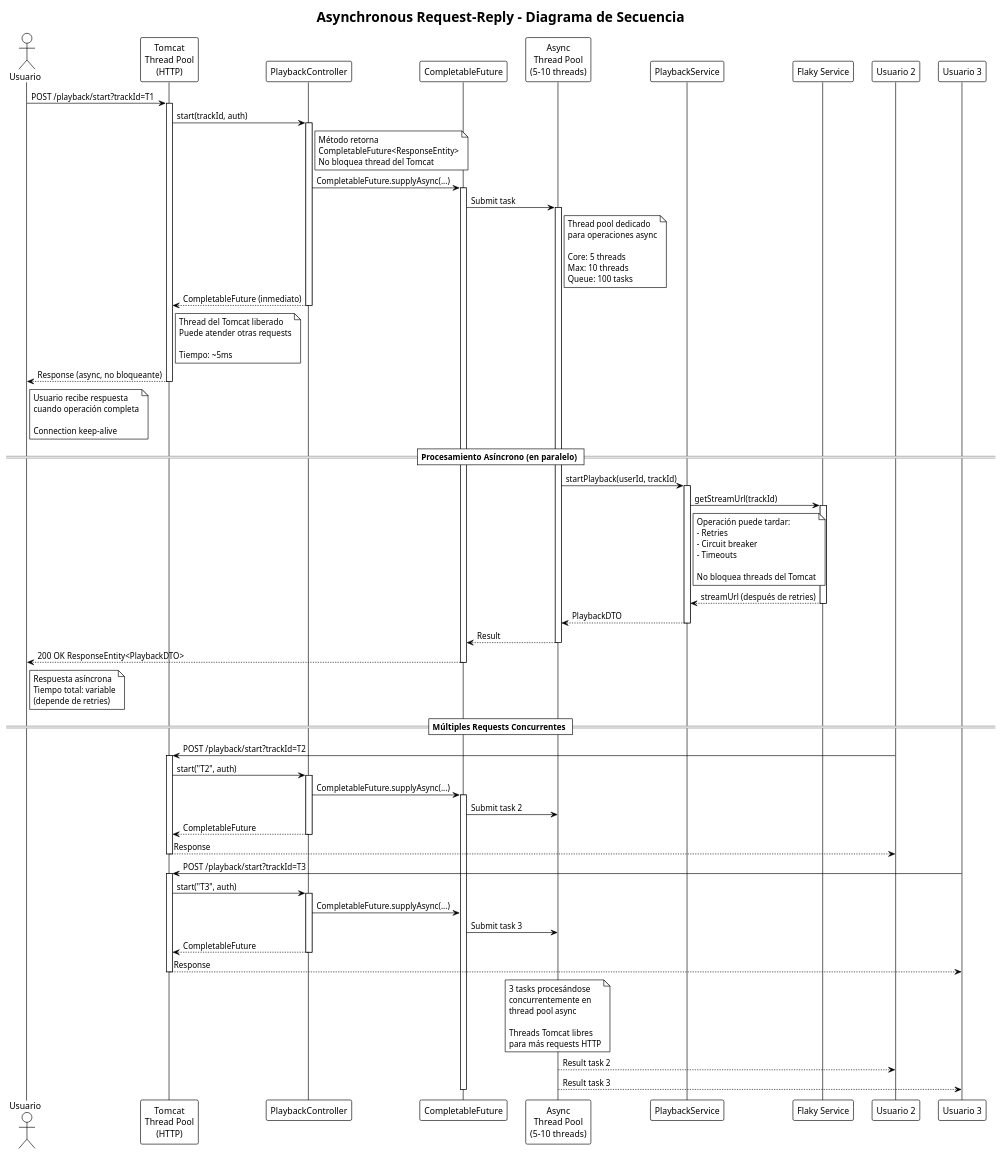
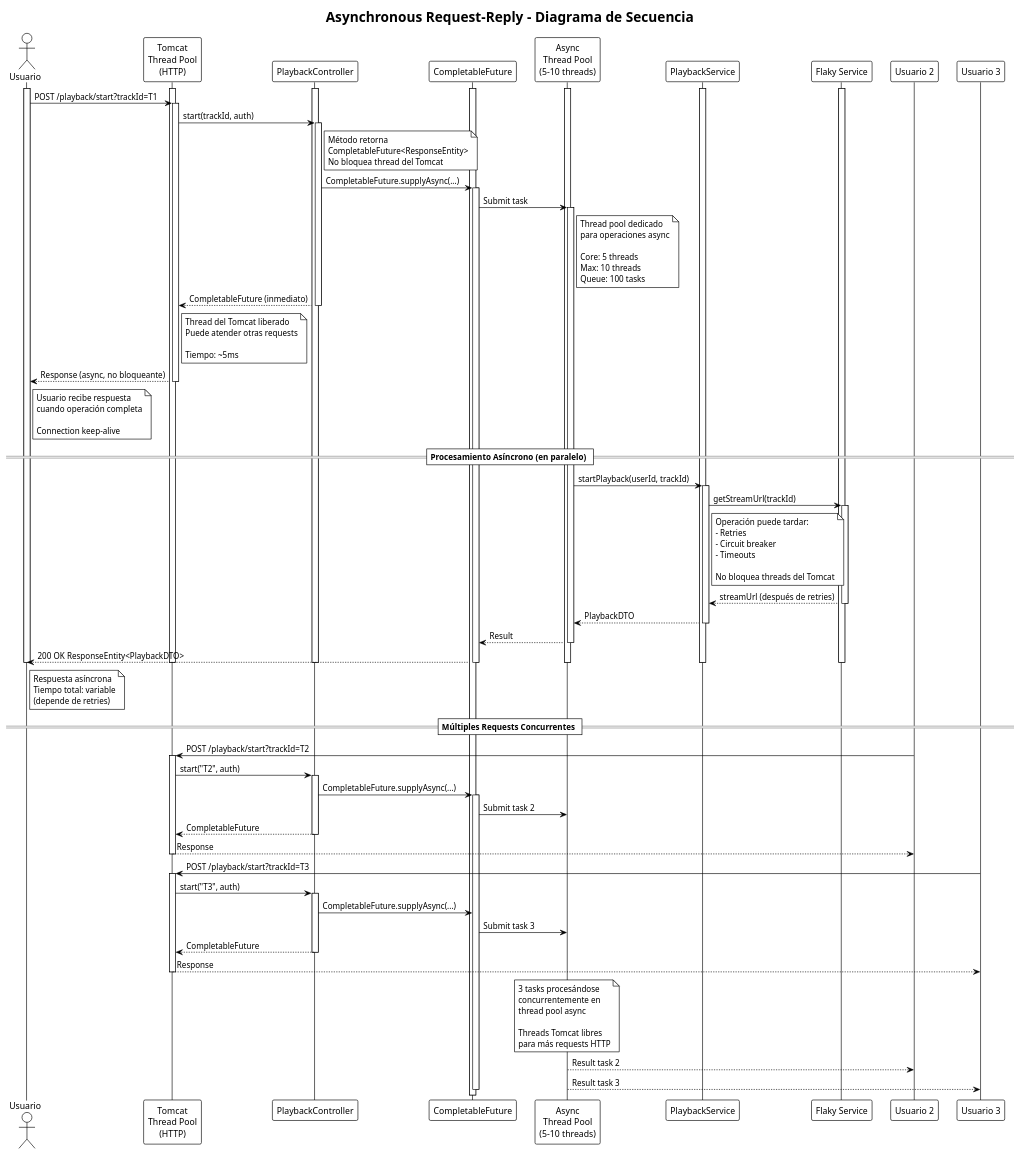
Before and after one commit to clara-s-n/musify: the diagram in diagramas/async-request-reply-sequence.pu, drawn with PlantUML. The commit also changed 10 other files, not shown here.

Commit message:
Update diagrams with lifelines, external cloud structures, and justification notes

```diff
--- a/diagramas/async-request-reply-sequence.pu
+++ b/diagramas/async-request-reply-sequence.pu
@@ -1,136 +1,153 @@
 @startuml async-request-reply-sequence
 !theme plain
 title Asynchronous Request-Reply - Diagrama de Secuencia
 
 actor Usuario
 participant "Tomcat\nThread Pool\n(HTTP)" as Tomcat
 participant "PlaybackController" as Controller
 participant "CompletableFuture" as CF
 participant "Async\nThread Pool\n(5-10 threads)" as AsyncPool
 participant "PlaybackService" as Service
 participant "Flaky Service" as Flaky
+
+' Lifelines
+activate Usuario
+activate Tomcat
+activate Controller
+activate CF
+activate AsyncPool
+activate Service
+activate Flaky
 
 Usuario -> Tomcat: POST /playback/start?trackId=T1
 activate Tomcat
 
 Tomcat -> Controller: start(trackId, auth)
 activate Controller
 
 note right of Controller
   Método retorna
   CompletableFuture<ResponseEntity>
   No bloquea thread del Tomcat
 end note
 
 Controller -> CF: CompletableFuture.supplyAsync(...)
 activate CF
 
 CF -> AsyncPool: Submit task
 activate AsyncPool
 
 note right of AsyncPool
   Thread pool dedicado
   para operaciones async
   
   Core: 5 threads
   Max: 10 threads
   Queue: 100 tasks
 end note
 
 Controller --> Tomcat: CompletableFuture (inmediato)
 deactivate Controller
 
 note right of Tomcat
   Thread del Tomcat liberado
   Puede atender otras requests
   
   Tiempo: ~5ms
 end note
 
 Tomcat --> Usuario: Response (async, no bloqueante)
 deactivate Tomcat
 
 note right of Usuario
   Usuario recibe respuesta
   cuando operación completa
   
   Connection keep-alive
 end note
 
 == Procesamiento Asíncrono (en paralelo) ==
 
 AsyncPool -> Service: startPlayback(userId, trackId)
 activate Service
 
 Service -> Flaky: getStreamUrl(trackId)
 activate Flaky
 
 note right of Service
   Operación puede tardar:
   - Retries
   - Circuit breaker
   - Timeouts
   
   No bloquea threads del Tomcat
 end note
 
 Flaky --> Service: streamUrl (después de retries)
 deactivate Flaky
 
 Service --> AsyncPool: PlaybackDTO
 deactivate Service
 
 AsyncPool --> CF: Result
 deactivate AsyncPool
 
 CF --> Usuario: 200 OK ResponseEntity<PlaybackDTO>
-deactivate CF
 
 note right of Usuario
   Respuesta asíncrona
   Tiempo total: variable
   (depende de retries)
 end note
+
+' End lifelines
+deactivate Usuario
+deactivate Tomcat
+deactivate Controller
+deactivate CF
+deactivate AsyncPool
+deactivate Service
+deactivate Flaky
 
 == Múltiples Requests Concurrentes ==
 
 participant "Usuario 2" as U2
 participant "Usuario 3" as U3
 
 U2 -> Tomcat: POST /playback/start?trackId=T2
 activate Tomcat
 Tomcat -> Controller: start("T2", auth)
 activate Controller
 Controller -> CF: CompletableFuture.supplyAsync(...)
 activate CF
 CF -> AsyncPool: Submit task 2
 Controller --> Tomcat: CompletableFuture
 deactivate Controller
 Tomcat --> U2: Response
 deactivate Tomcat
 
 U3 -> Tomcat: POST /playback/start?trackId=T3
 activate Tomcat
 Tomcat -> Controller: start("T3", auth)
 activate Controller
 Controller -> CF: CompletableFuture.supplyAsync(...)
 CF -> AsyncPool: Submit task 3
 Controller --> Tomcat: CompletableFuture
 deactivate Controller
 Tomcat --> U3: Response
 deactivate Tomcat
 
 note over AsyncPool
   3 tasks procesándose
   concurrentemente en
   thread pool async
   
   Threads Tomcat libres
   para más requests HTTP
 end note
 
 AsyncPool --> U2: Result task 2
 AsyncPool --> U3: Result task 3
 deactivate CF
 
 @enduml
```
